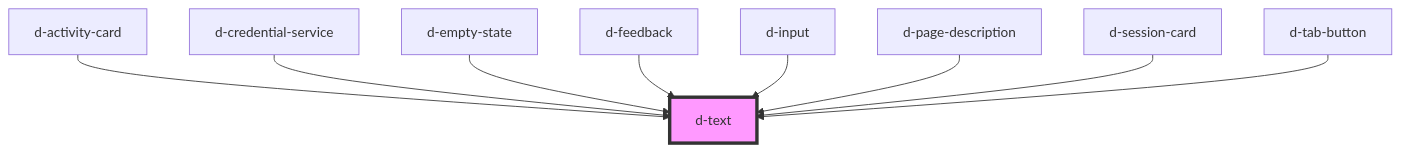
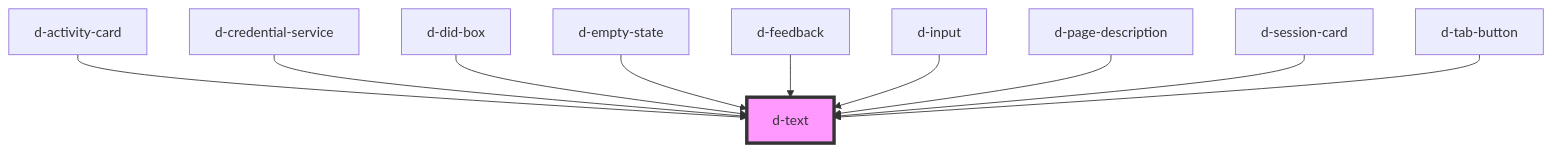
One commit to ForkbombEu/didroom-components changed the diagram in src/components/text/readme.md. Above: the diagram before and after it, drawn with Mermaid. The commit also changed other lines of this file and 9 other files, not shown here.

Commit message:
feat: add did-box to render did id

````diff
--- a/src/components/text/readme.md
+++ b/src/components/text/readme.md
@@ -30,12 +31,13 @@
 ```mermaid
 graph TD;
   d-activity-card --> d-text
   d-credential-service --> d-text
+  d-did-box --> d-text
   d-empty-state --> d-text
   d-feedback --> d-text
   d-input --> d-text
   d-page-description --> d-text
   d-session-card --> d-text
   d-tab-button --> d-text
   style d-text fill:#f9f,stroke:#333,stroke-width:4px
 ```
````
